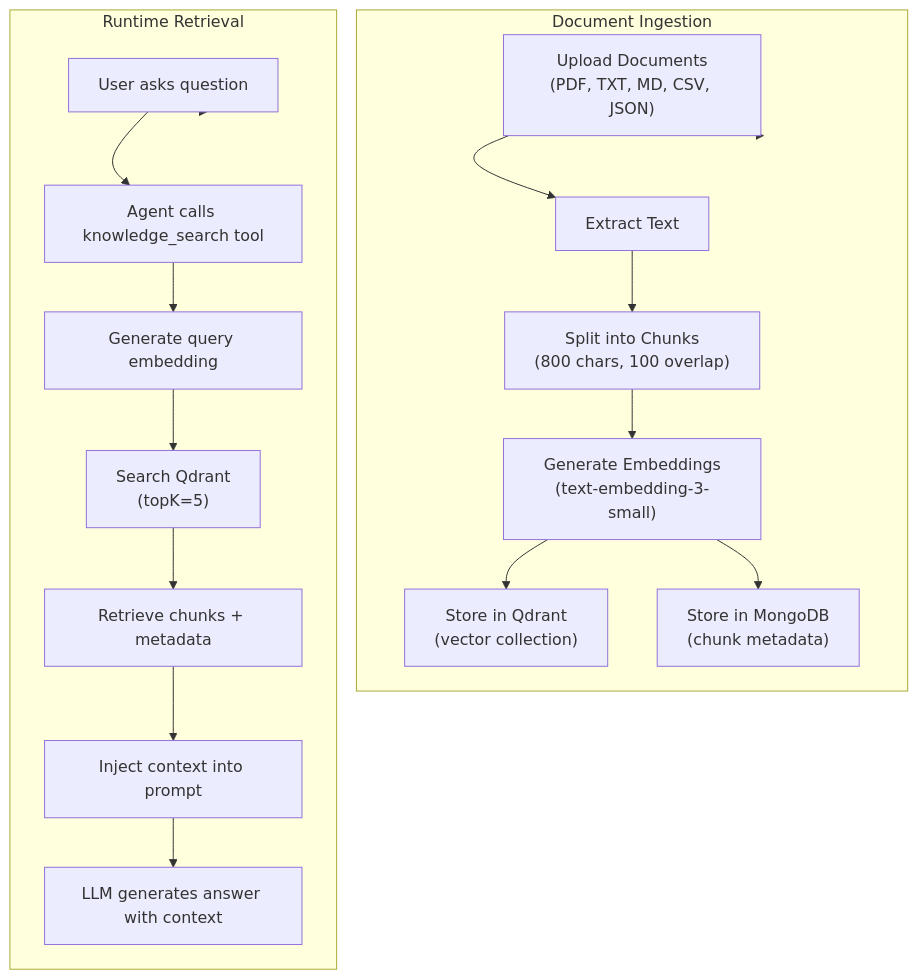
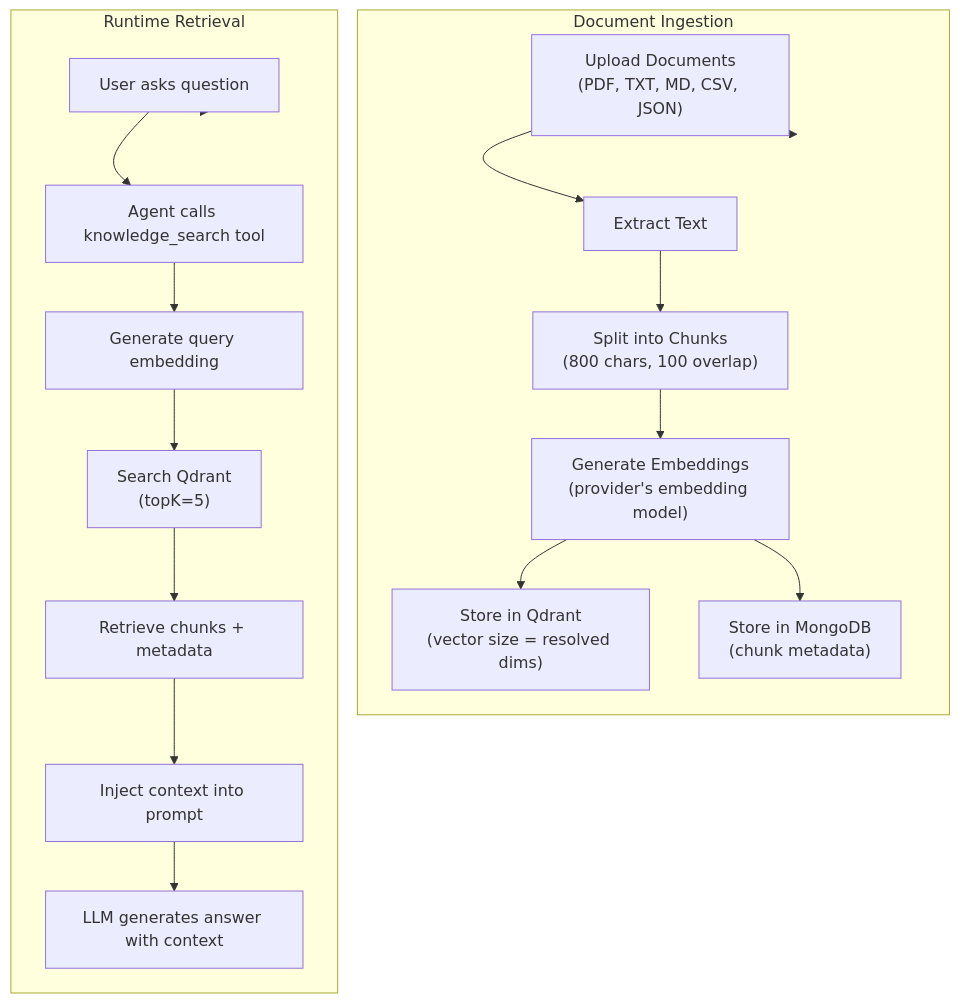
One commit to hasanraiyan/agent-marketplace changed the diagram in agent-backend/docs/modules/knowledge.md. Above: the diagram before and after it, drawn with Mermaid. The commit also changed other lines of this file and 20 other files, not shown here.

Commit message:
feat: update environment configuration and documentation for local Qdrant setup, add embedding model constants

````diff
--- a/agent-backend/docs/modules/knowledge.md
+++ b/agent-backend/docs/modules/knowledge.md
@@ -37,22 +37,22 @@
 ```mermaid
 flowchart TD
     subgraph Ingestion["Document Ingestion"]
         A["Upload Documents<br/>(PDF, TXT, MD, CSV, JSON)"] --> B["Extract Text"]
         B --> C["Split into Chunks<br/>(800 chars, 100 overlap)"]
-        C --> D["Generate Embeddings<br/>(text-embedding-3-small)"]
-        D --> E["Store in Qdrant<br/>(vector collection)"]
+        C --> D["Generate Embeddings<br/>(provider's embedding model)"]
+        D --> E["Store in Qdrant<br/>(vector size = resolved dims)"]
         D --> F["Store in MongoDB<br/>(chunk metadata)"]
     end
 
     subgraph Retrieval["Runtime Retrieval"]
         G["User asks question"] --> H["Agent calls knowledge_search tool"]
         H --> I["Generate query embedding"]
         I --> J["Search Qdrant<br/>(topK=5)"]
         J --> K["Retrieve chunks + metadata"]
         K --> L["Inject context into prompt"]
         L --> M["LLM generates answer with context"]
     end
 
     A --> Ingestion
     G --> Retrieval
 ```
````
